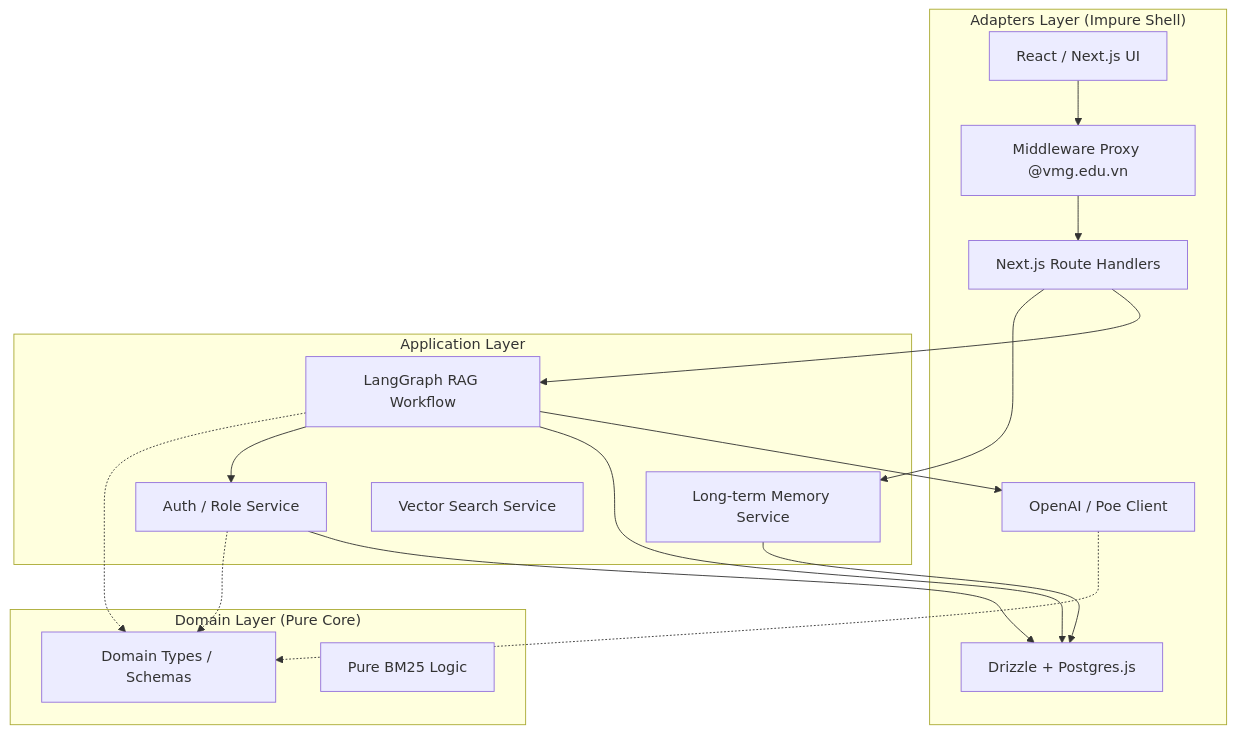
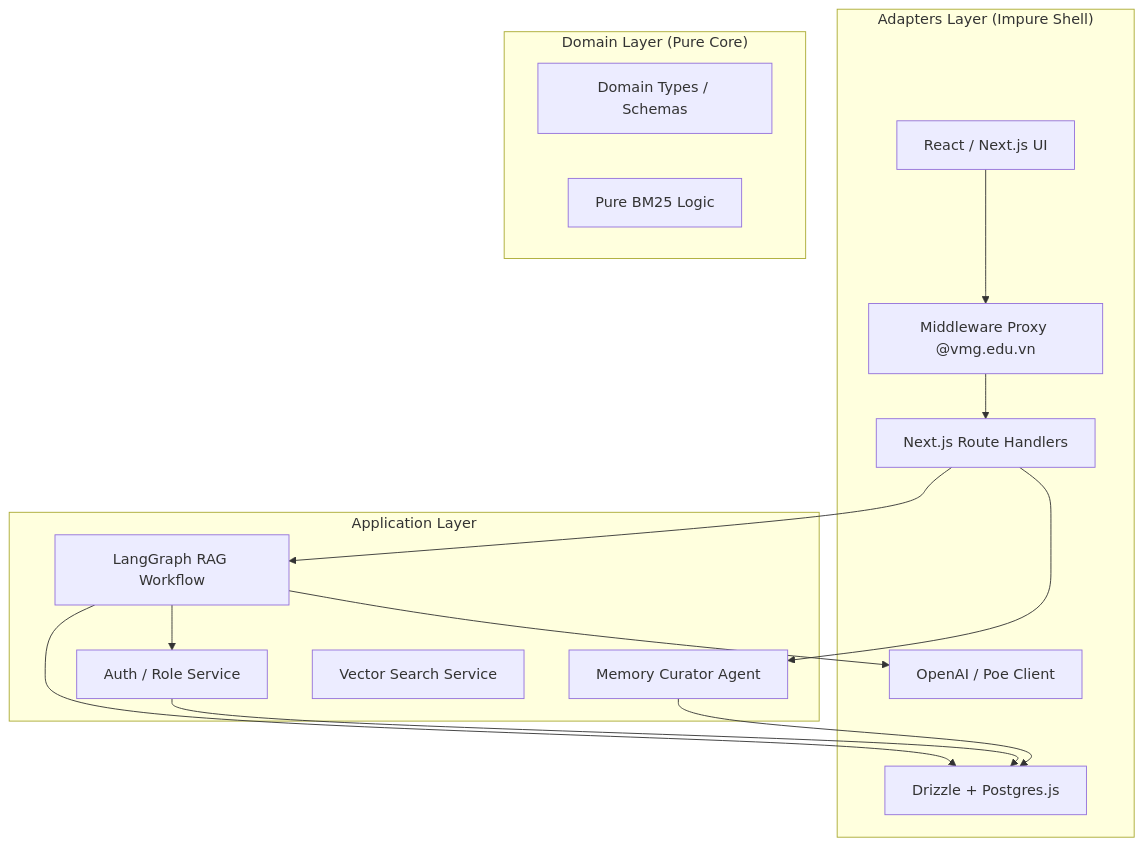
Before and after one commit to DragonL57/vmg_chatbot: the first of 3 diagrams in docs/ARCHITECTURE.md, drawn with Mermaid. The commit also changed other lines of this file and 14 other files, not shown here.

First line of the commit message:
feat: Enhance RAG Graph with total token usage tracking and improve memory service

````diff
--- a/docs/ARCHITECTURE.md
+++ b/docs/ARCHITECTURE.md
@@ -13,37 +13,32 @@
 ```mermaid
 graph TD
     subgraph "Adapters Layer (Impure Shell)"
         UI[React / Next.js UI]
         API[Next.js Route Handlers]
         Proxy[Middleware Proxy @vmg.edu.vn]
         DB_Adapter[Drizzle + Postgres.js]
         LLM_Adapter[OpenAI / Poe Client]
     end
 
     subgraph "Application Layer"
         Graph[LangGraph RAG Workflow]
         AuthService[Auth / Role Service]
-        MemoryService[Long-term Memory Service]
+        MemoryCurator[Memory Curator Agent]
         VectorSearch[Vector Search Service]
     end
 
     subgraph "Domain Layer (Pure Core)"
         Types[Domain Types / Schemas]
         BM25[Pure BM25 Logic]
     end
 
     UI --> Proxy
     Proxy --> API
     API --> Graph
-    API --> MemoryService
+    API --> MemoryCurator
     Graph --> LLM_Adapter
     Graph --> DB_Adapter
     Graph --> AuthService
     AuthService --> DB_Adapter
-    MemoryService --> DB_Adapter
-    
-    %% Dependency Rules
-    Graph -.-> Types
-    AuthService -.-> Types
-    LLM_Adapter -.-> Types
+    MemoryCurator --> DB_Adapter
 ```
````
